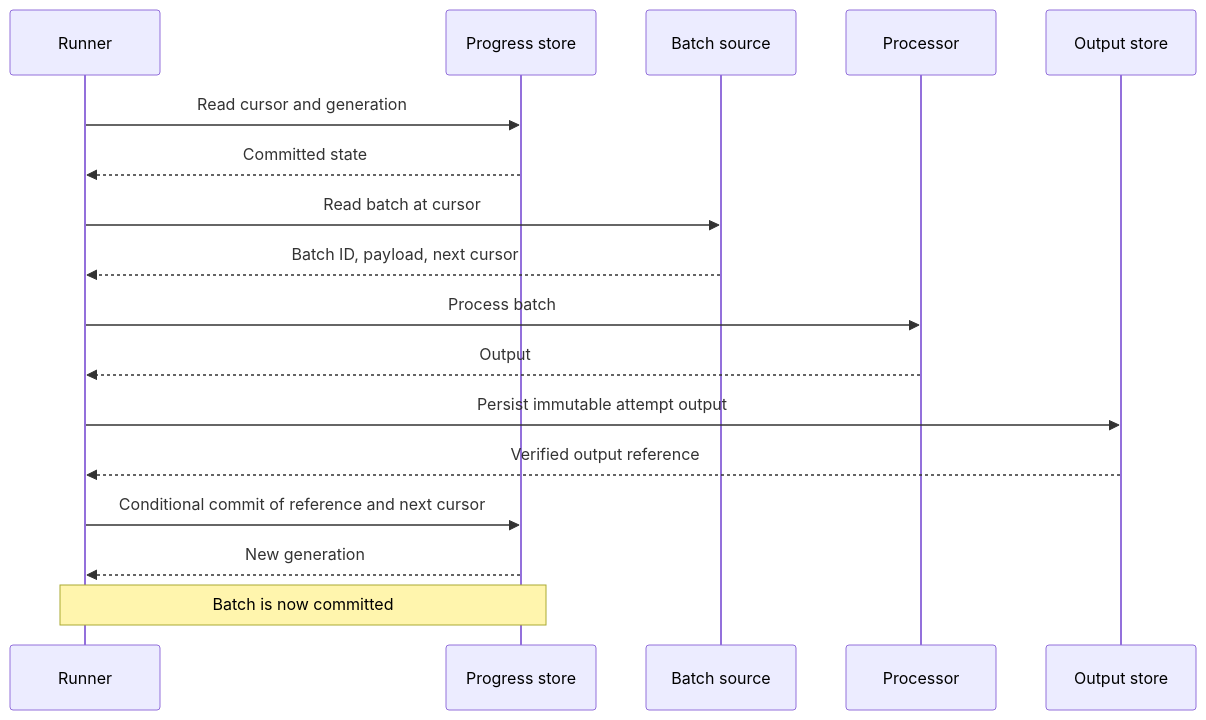
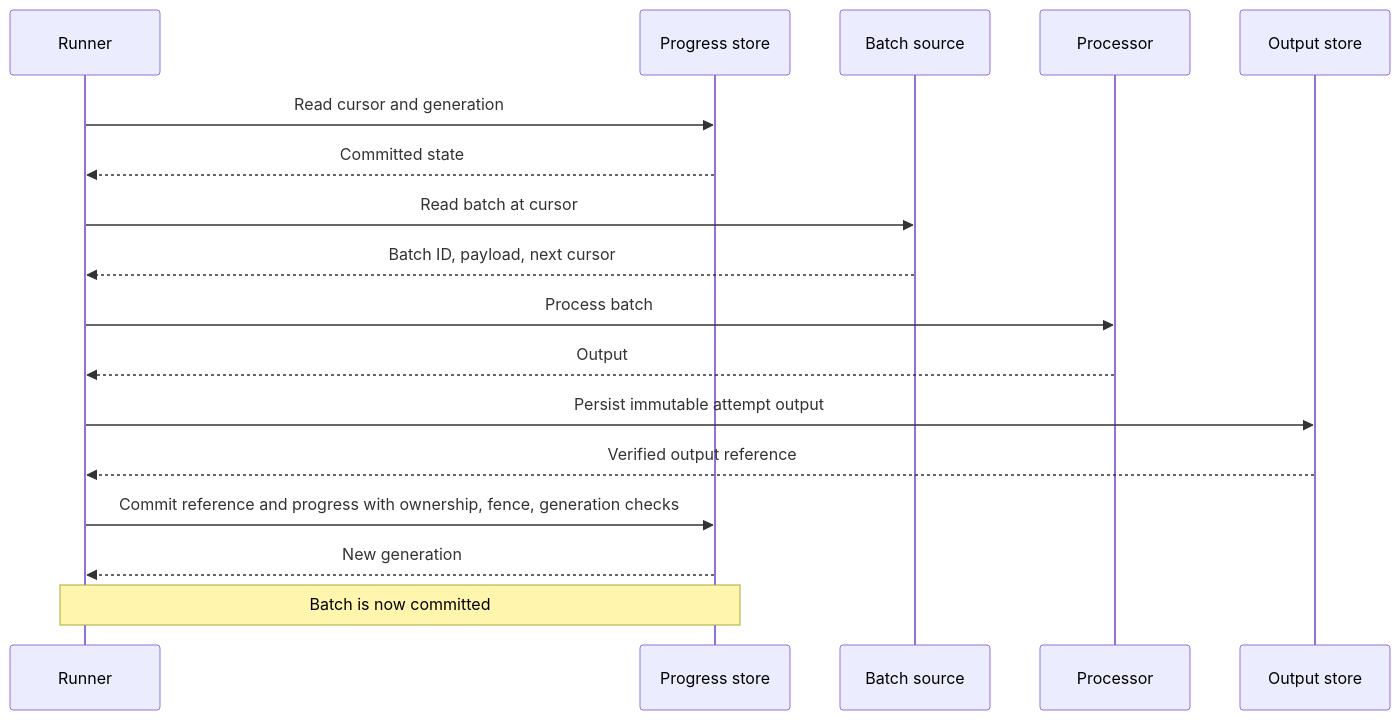
One commit to jmsapps/caravel changed the fourth of 6 diagrams in docs/proposals/C-8/PROPOSAL.md. Above: the diagram before and after it, drawn with Mermaid. The commit also changed other lines of this file, not shown here.

````diff
--- a/docs/proposals/C-8/PROPOSAL.md
+++ b/docs/proposals/C-8/PROPOSAL.md
@@ -306,19 +544,19 @@
 ```mermaid
 sequenceDiagram
     participant R as Runner
     participant P as Progress store
     participant S as Batch source
     participant F as Processor
     participant O as Output store
     R->>P: Read cursor and generation
     P-->>R: Committed state
     R->>S: Read batch at cursor
     S-->>R: Batch ID, payload, next cursor
     R->>F: Process batch
     F-->>R: Output
     R->>O: Persist immutable attempt output
     O-->>R: Verified output reference
-    R->>P: Conditional commit of reference and next cursor
+    R->>P: Commit reference and progress with ownership, fence, generation checks
     P-->>R: New generation
     Note over R,P: Batch is now committed
 ```
````
